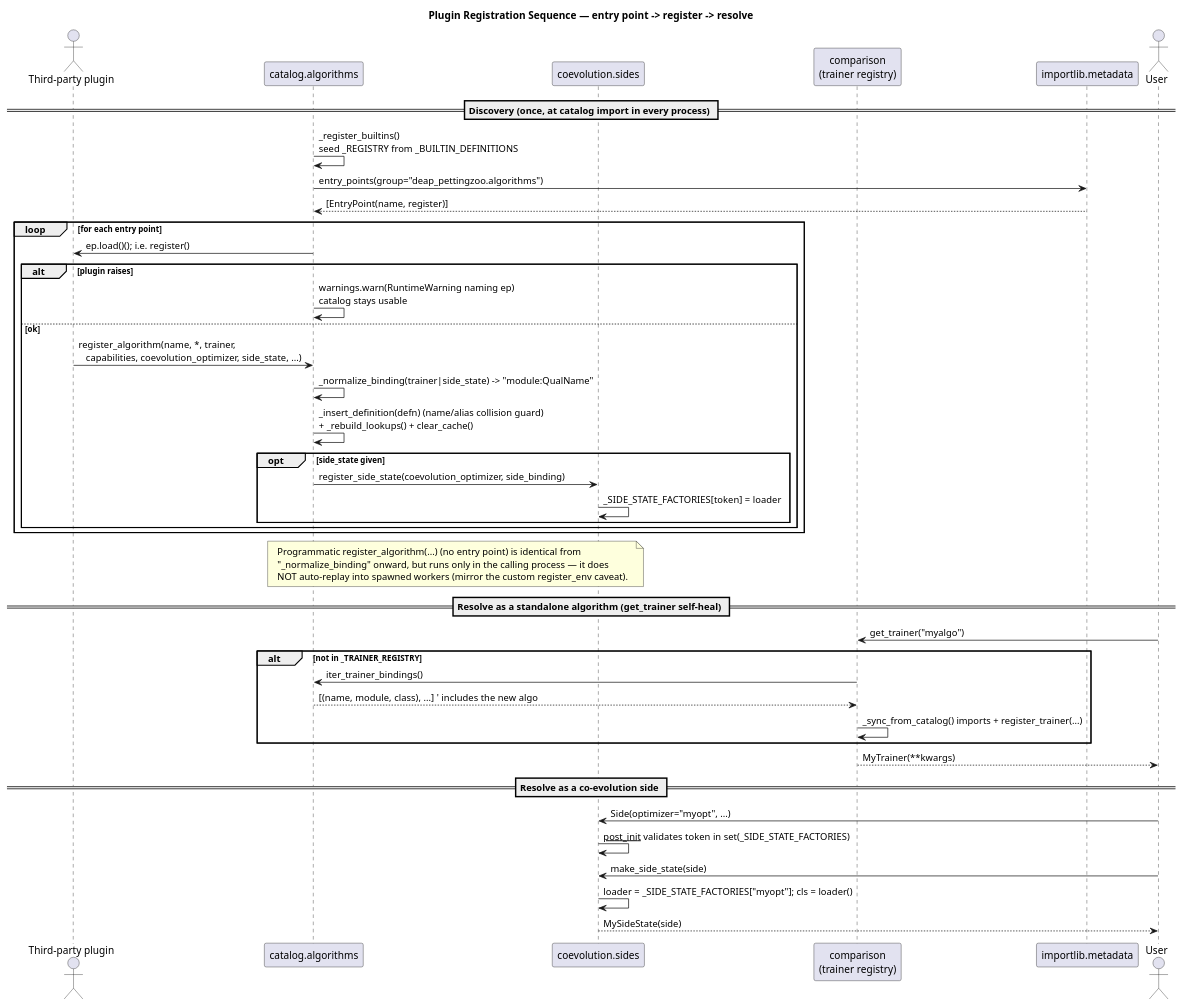
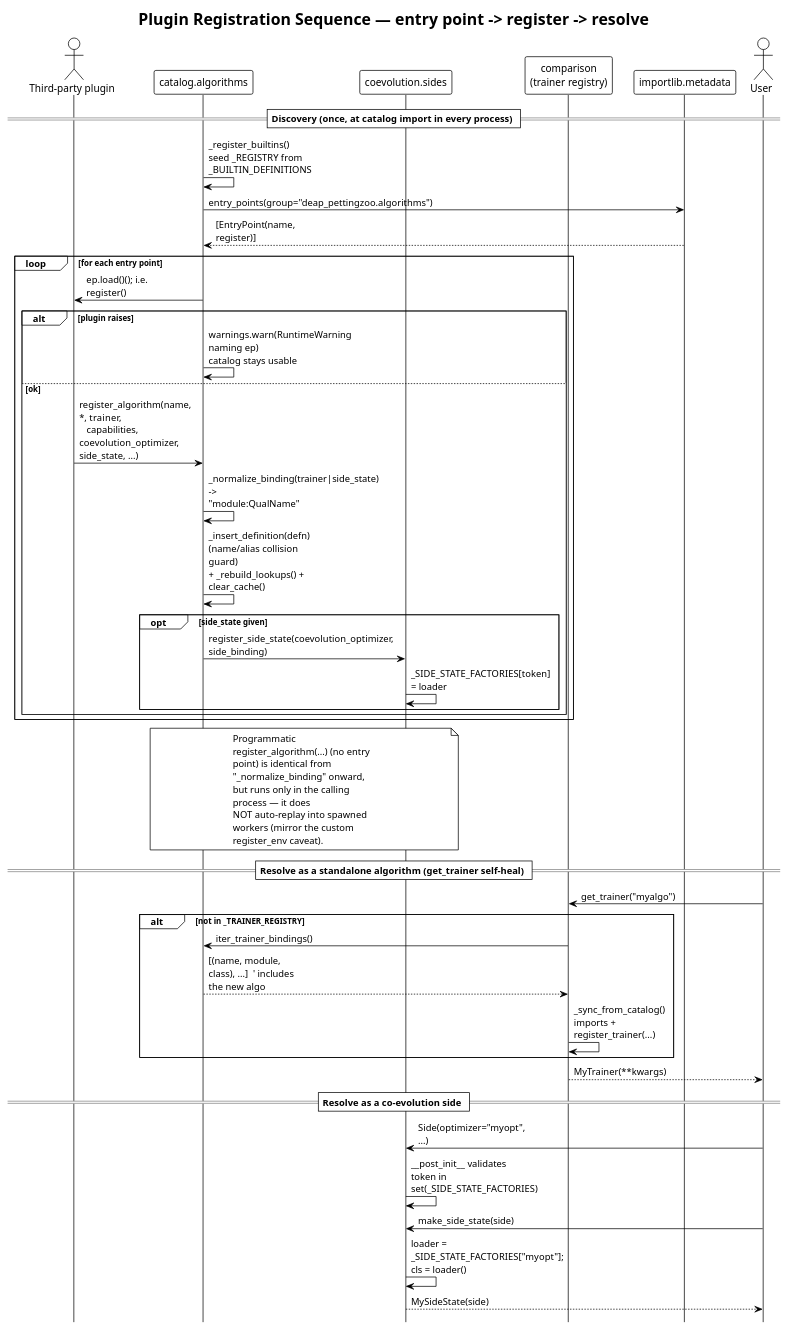
One commit to Alex180504/DEAP-Zoo-bridge changed the diagram in docs/UML/sequence_plugin_registration.puml. Above: the diagram before and after it, drawn with PlantUML. The commit also changed 71 other files, not shown here.

Commit message:
Update UML

```diff
--- a/docs/UML/sequence_plugin_registration.puml
+++ b/docs/UML/sequence_plugin_registration.puml
@@ -1,50 +1,55 @@
 @startuml
+!theme plain
+' Compact layout (tuned per diagram — see README, 'Sequence-diagram layout').
+hide footbox
+skinparam maxMessageSize 140
+skinparam wrapWidth 200
 title Plugin Registration Sequence — entry point -> register -> resolve
 
 actor "Third-party plugin" as Plugin
 participant "catalog.algorithms" as Algos
 participant "coevolution.sides" as Sides
 participant "comparison\n(trainer registry)" as Cmp
 participant "importlib.metadata" as Meta
 
 == Discovery (once, at catalog import in every process) ==
 Algos -> Algos: _register_builtins()\nseed _REGISTRY from _BUILTIN_DEFINITIONS
 Algos -> Meta: entry_points(group="deap_pettingzoo.algorithms")
 Meta --> Algos: [EntryPoint(name, register)]
 loop for each entry point
   Algos -> Plugin: ep.load()(); i.e. register()
   alt plugin raises
     Algos -> Algos: warnings.warn(RuntimeWarning naming ep)\ncatalog stays usable
   else ok
     Plugin -> Algos: register_algorithm(name, *, trainer,\n   capabilities, coevolution_optimizer, side_state, ...)
     Algos -> Algos: _normalize_binding(trainer|side_state) -> "module:QualName"
     Algos -> Algos: _insert_definition(defn) (name/alias collision guard)\n+ _rebuild_lookups() + clear_cache()
     opt side_state given
       Algos -> Sides: register_side_state(coevolution_optimizer, side_binding)
       Sides -> Sides: _SIDE_STATE_FACTORIES[token] = loader
     end
   end
 end
 note over Algos, Sides
   Programmatic register_algorithm(...) (no entry point) is identical from
   "_normalize_binding" onward, but runs only in the calling process — it does
   NOT auto-replay into spawned workers (mirror the custom register_env caveat).
 end note
 
 == Resolve as a standalone algorithm (get_trainer self-heal) ==
 actor User
 User -> Cmp: get_trainer("myalgo")
 alt not in _TRAINER_REGISTRY
   Cmp -> Algos: iter_trainer_bindings()
   Algos --> Cmp: [(name, module, class), ...]  ' includes the new algo
   Cmp -> Cmp: _sync_from_catalog() imports + register_trainer(...)
 end
 Cmp --> User: MyTrainer(**kwargs)
 
 == Resolve as a co-evolution side ==
 User -> Sides: Side(optimizer="myopt", ...)
-Sides -> Sides: __post_init__ validates token in set(_SIDE_STATE_FACTORIES)
+Sides -> Sides: ~__post_init~__ validates token in set(_SIDE_STATE_FACTORIES)
 User -> Sides: make_side_state(side)
 Sides -> Sides: loader = _SIDE_STATE_FACTORIES["myopt"]; cls = loader()
 Sides --> User: MySideState(side)
 @enduml
```
